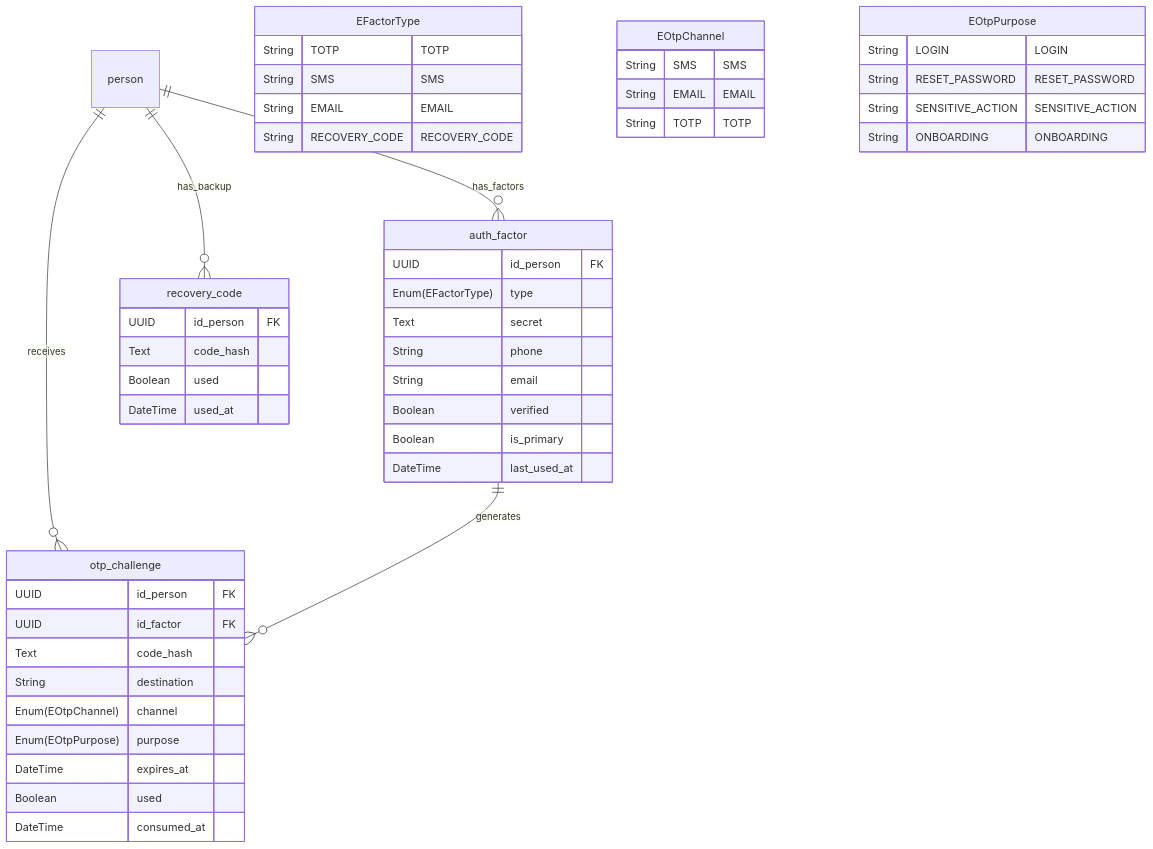
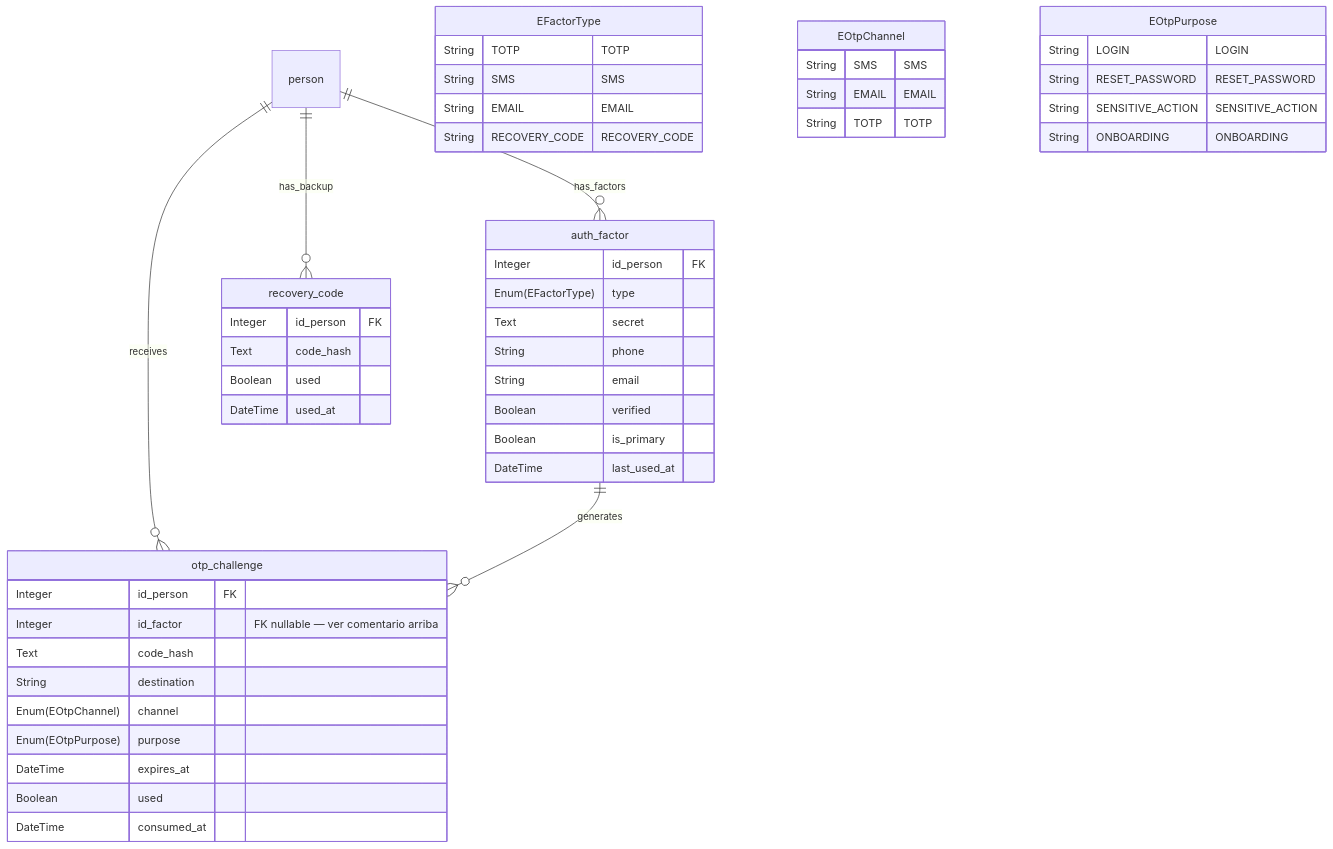
The diagram in db/postgres/mfa/erd.mmd (m4ck-y/dh_docs), drawn with Mermaid before and after one commit. The commit also changed 17 other files, not shown here.

```diff
--- a/db/postgres/mfa/erd.mmd
+++ b/db/postgres/mfa/erd.mmd
@@ -1,76 +1,84 @@
 erDiagram
     %% MFA SCHEMA
     %% Autenticacion multifactor
-    %% Todas las entidades heredan de BaseModel (id, created_at, updated_at, deleted_at)
-    %% Solo se muestran columnas especificas de cada entidad
+    %% BaseModel (heredado por todas las entidades):
+    %%   id Integer PK autoincrement — interno, NUNCA expuesto en API
+    %%   uuid UUID auto-generado    — externo, usado en respuestas y rutas de API
+    %%   created_at / updated_at / deleted_at  DateTime(tz) UTC
+    %%   created_by_id_user / updated_by_id_user / deleted_by_id_user Integer FK nullable
+    %% FKs entre tablas usan Integer (id del padre). Ver docs/decisions/010-database-id-strategy.md
+    %% Solo se muestran columnas específicas de cada entidad
 
     %% REFERENCIAS EXTERNAS
     %% person: definida en schema people
 
     %% RELACIONES
     person ||--o{ auth_factor : "has_factors"
     person ||--o{ otp_challenge : "receives"
     person ||--o{ recovery_code : "has_backup"
     auth_factor ||--o{ otp_challenge : "generates"
 
     %% ENUMS
     EFactorType {
         String TOTP "TOTP"
         String SMS "SMS"
         String EMAIL "EMAIL"
         String RECOVERY_CODE "RECOVERY_CODE"
     }
 
     EOtpChannel {
         String SMS "SMS"
         String EMAIL "EMAIL"
         String TOTP "TOTP"
     }
 
     EOtpPurpose {
         String LOGIN "LOGIN"
         String RESET_PASSWORD "RESET_PASSWORD"
         String SENSITIVE_ACTION "SENSITIVE_ACTION"
         String ONBOARDING "ONBOARDING"
     }
 
     %% ENTIDADES
     %% auth_factor: metodo MFA habilitado por persona
     %% secret: seed TOTP o valor encriptado (SIEMPRE encriptado, nunca texto plano)
     %% is_primary: factor principal (recomendado: TOTP, fallback: SMS o EMAIL)
     auth_factor {
-        UUID id_person FK
+        Integer id_person FK
         Enum(EFactorType) type
         Text secret
         String phone
         String email
         Boolean verified
         Boolean is_primary
         DateTime last_used_at
     }
 
     %% otp_challenge: desafio OTP temporal (expira en 1-5 minutos)
     %% code_hash: hash del codigo OTP (nunca raw code)
     %% single-use: se invalida al consumirse
+    %% id_factor: FK a auth_factor (el metodo MFA que genero el desafio). nullable cuando
+    %%   el OTP no proviene de un factor MFA registrado (ej. purpose=ONBOARDING o RESET_PASSWORD,
+    %%   donde el usuario aun no tiene factores configurados y el codigo se envia por email/SMS directo).
     otp_challenge {
-        UUID id_person FK
-        UUID id_factor FK
+        Integer id_person FK
+        Integer id_factor "FK nullable — ver comentario arriba"
         Text code_hash
         String destination
         Enum(EOtpChannel) channel
         Enum(EOtpPurpose) purpose
         DateTime expires_at
         Boolean used
         DateTime consumed_at
     }
 
     %% recovery_code: codigos de respaldo de emergencia
     %% Se generan una sola vez, se muestran al usuario una vez
     %% code_hash: hash del codigo (nunca texto plano)
     %% single-use: se invalida al consumirse
     recovery_code {
-        UUID id_person FK
+        Integer id_person FK
         Text code_hash
         Boolean used
         DateTime used_at
     }
```
